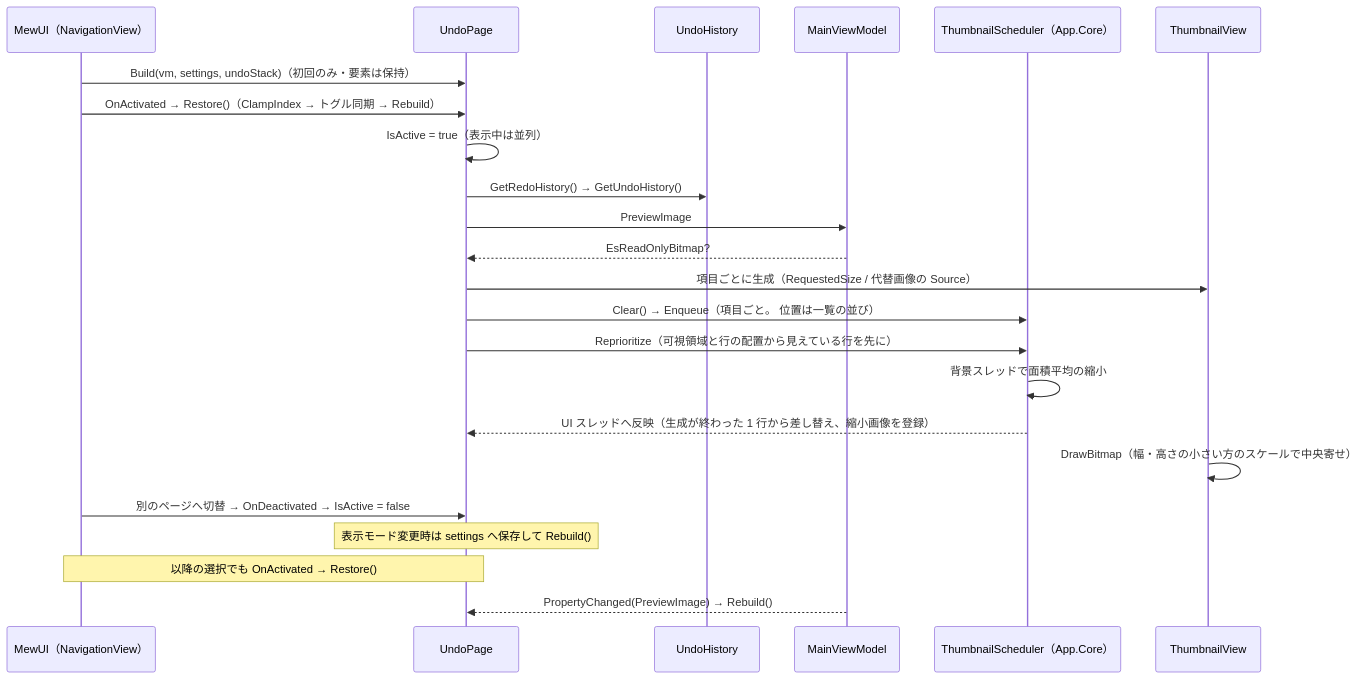
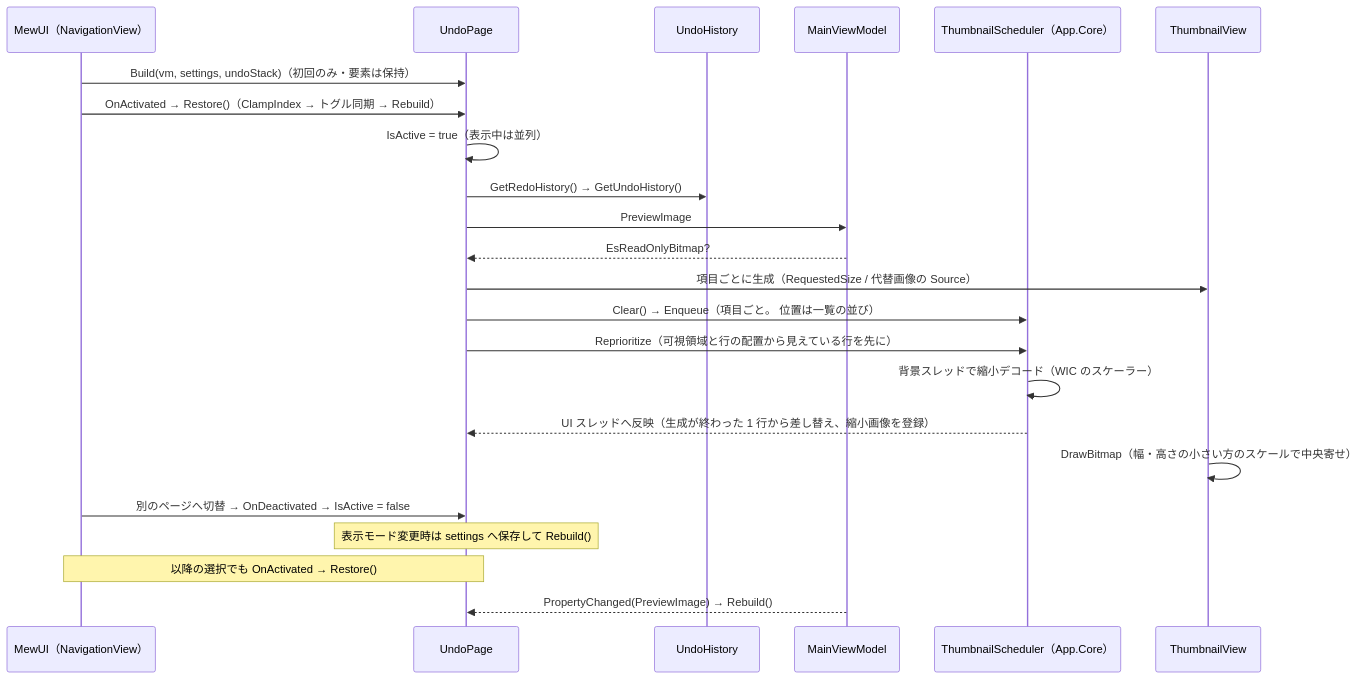
The ninth of 12 diagrams in src/App.MewUI/docs/SPEC_System.md (tomokuni/SaveEvidence), drawn with Mermaid before and after one commit. The commit also changed other lines of this file and 16 other files, not shown here.

````diff
--- a/src/App.MewUI/docs/SPEC_System.md
+++ b/src/App.MewUI/docs/SPEC_System.md
@@ -517,26 +517,26 @@
 ```mermaid
 sequenceDiagram
     participant MW as MewUI（NavigationView）
     participant UP as UndoPage
     participant US as UndoHistory
     participant VM as MainViewModel
     participant TS as ThumbnailScheduler（App.Core）
     participant TV as ThumbnailView
 
     MW->>UP: Build(vm, settings, undoStack)（初回のみ・要素は保持）
     MW->>UP: OnActivated → Restore()（ClampIndex → トグル同期 → Rebuild）
     UP->>UP: IsActive = true（表示中は並列）
     UP->>US: GetRedoHistory() → GetUndoHistory()
     UP->>VM: PreviewImage
     VM-->>UP: EsReadOnlyBitmap?
     UP->>TV: 項目ごとに生成（RequestedSize / 代替画像の Source）
     UP->>TS: Clear() → Enqueue（項目ごと。 位置は一覧の並び）
     UP->>TS: Reprioritize（可視領域と行の配置から見えている行を先に）
-    TS->>TS: 背景スレッドで面積平均の縮小
+TS->>TS: 背景スレッドで縮小デコード（WIC のスケーラー）
     TS-->>UP: UI スレッドへ反映（生成が終わった 1 行から差し替え、縮小画像を登録）
     TV->>TV: DrawBitmap（幅・高さの小さい方のスケールで中央寄せ）
     MW->>UP: 別のページへ切替 → OnDeactivated → IsActive = false
     Note over UP: 表示モード変更時は settings へ保存して Rebuild()
     Note over MW,UP: 以降の選択でも OnActivated → Restore()
     VM-->>UP: PropertyChanged(PreviewImage) → Rebuild()
 ```
````
